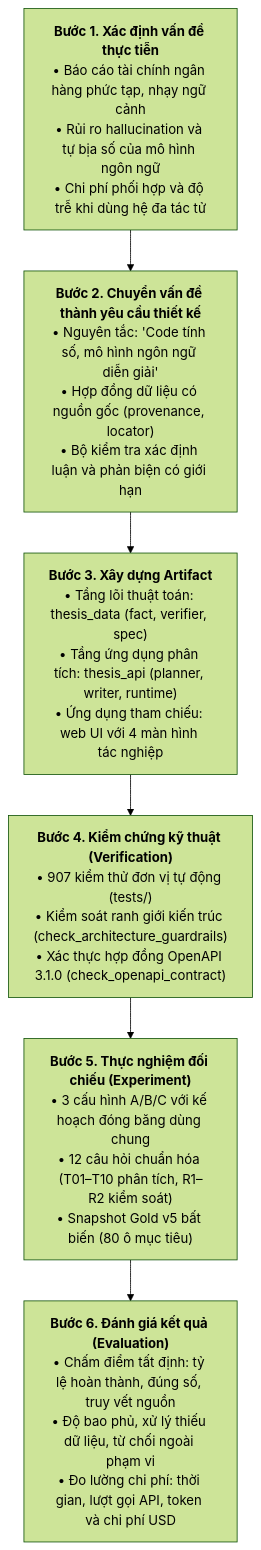
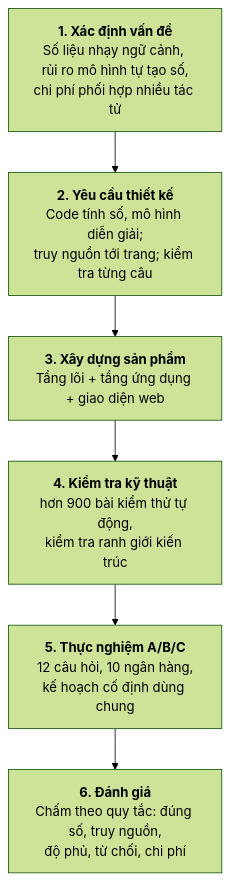
Before and after one commit to thaicuong576/final-thesis: the first of 2 diagrams in docs/thesis-v2/chuong-3-phuong-phap.md, drawn with Mermaid (forest theme). The commit also changed other lines of this file and 21 other files, not shown here.

First line of the commit message:
docs(thesis): condense to ~60 pages and report the ten-bank evaluation (#148)

````diff
--- a/docs/thesis-v2/chuong-3-phuong-phap.md
+++ b/docs/thesis-v2/chuong-3-phuong-phap.md
@@ -30,16 +22,10 @@
 ```mermaid
 flowchart TD
-    S1["<b>Bước 1. Xác định vấn đề thực tiễn</b><br/>• Báo cáo tài chính ngân hàng phức tạp, nhạy ngữ cảnh<br/>• Rủi ro hallucination và tự bịa số của mô hình ngôn ngữ<br/>• Chi phí phối hợp và độ trễ khi dùng hệ đa tác tử"]
-    
-    S2["<b>Bước 2. Chuyển vấn đề thành yêu cầu thiết kế</b><br/>• Nguyên tắc: 'Code tính số, mô hình ngôn ngữ diễn giải'<br/>• Hợp đồng dữ liệu có nguồn gốc (provenance, locator)<br/>• Bộ kiểm tra xác định luận và phản biện có giới hạn"]
-    
-    S3["<b>Bước 3. Xây dựng Artifact</b><br/>• Tầng lõi thuật toán: thesis_data (fact, verifier, spec)<br/>• Tầng ứng dụng phân tích: thesis_api (planner, writer, runtime)<br/>• Ứng dụng tham chiếu: web UI với 4 màn hình tác nghiệp"]
-    
-    S4["<b>Bước 4. Kiểm chứng kỹ thuật (Verification)</b><br/>• 907 kiểm thử đơn vị tự động (tests/)<br/>• Kiểm soát ranh giới kiến trúc (check_architecture_guardrails)<br/>• Xác thực hợp đồng OpenAPI 3.1.0 (check_openapi_contract)"]
-    
-    S5["<b>Bước 5. Thực nghiệm đối chiếu (Experiment)</b><br/>• 3 cấu hình A/B/C với kế hoạch đóng băng dùng chung<br/>• 12 câu hỏi chuẩn hóa (T01–T10 phân tích, R1–R2 kiểm soát)<br/>• Snapshot Gold v5 bất biến (80 ô mục tiêu)"]
-    
-    S6["<b>Bước 6. Đánh giá kết quả (Evaluation)</b><br/>• Chấm điểm tất định: tỷ lệ hoàn thành, đúng số, truy vết nguồn<br/>• Độ bao phủ, xử lý thiếu dữ liệu, từ chối ngoài phạm vi<br/>• Đo lường chi phí: thời gian, lượt gọi API, token và chi phí USD"]
-
+    S1["<b>1. Xác định vấn đề</b><br/>Số liệu nhạy ngữ cảnh, rủi ro mô hình tự tạo số,<br/>chi phí phối hợp nhiều tác tử"]
+    S2["<b>2. Yêu cầu thiết kế</b><br/>Code tính số, mô hình diễn giải;<br/>truy nguồn tới trang; kiểm tra từng câu"]
+    S3["<b>3. Xây dựng sản phẩm</b><br/>Tầng lõi + tầng ứng dụng + giao diện web"]
+    S4["<b>4. Kiểm tra kỹ thuật</b><br/>hơn 900 bài kiểm thử tự động,<br/>kiểm tra ranh giới kiến trúc"]
+    S5["<b>5. Thực nghiệm A/B/C</b><br/>12 câu hỏi, 10 ngân hàng,<br/>kế hoạch cố định dùng chung"]
+    S6["<b>6. Đánh giá</b><br/>Chấm theo quy tắc: đúng số, truy nguồn,<br/>độ phủ, từ chối, chi phí"]
     S1 --> S2 --> S3 --> S4 --> S5 --> S6
 ```
````
